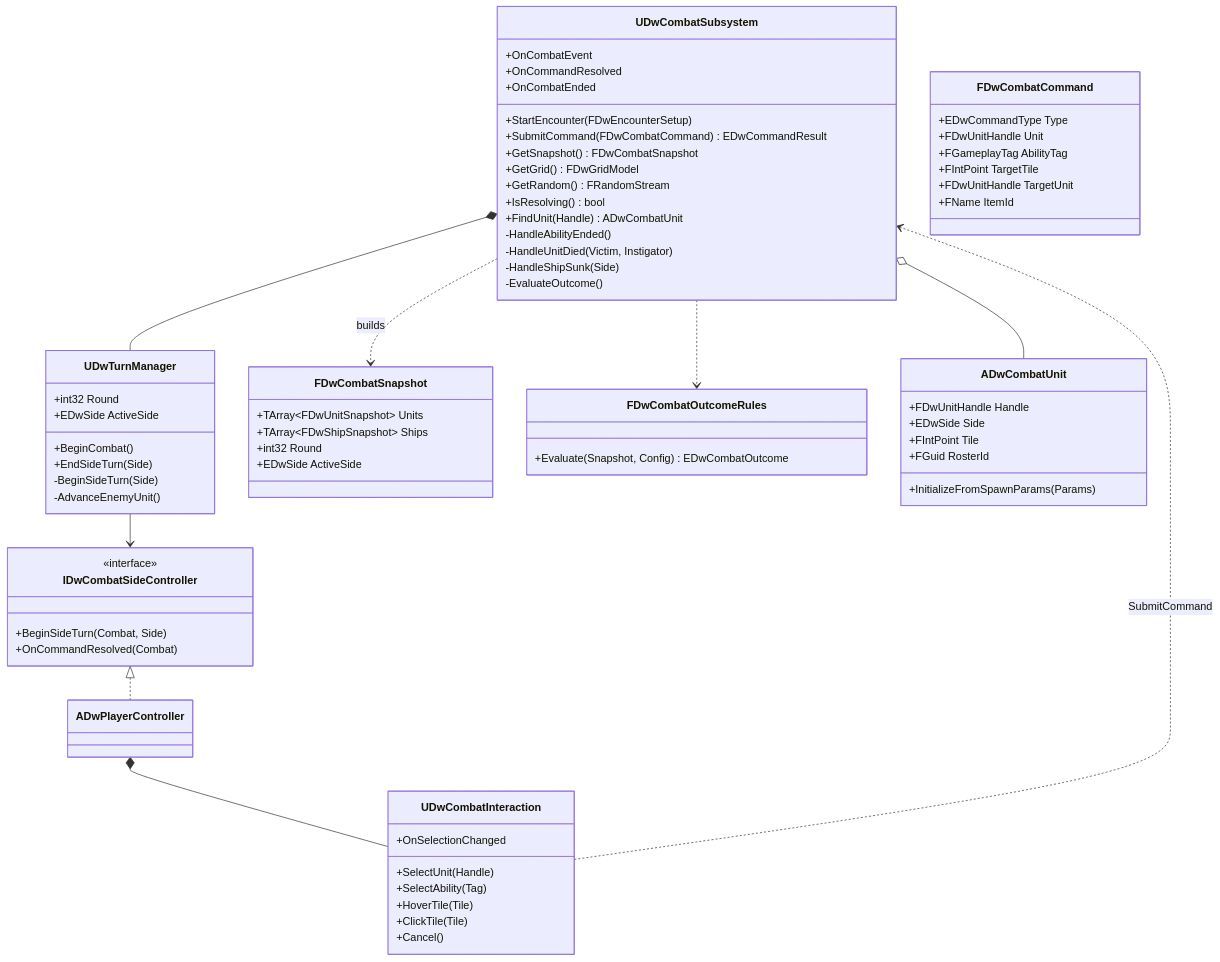
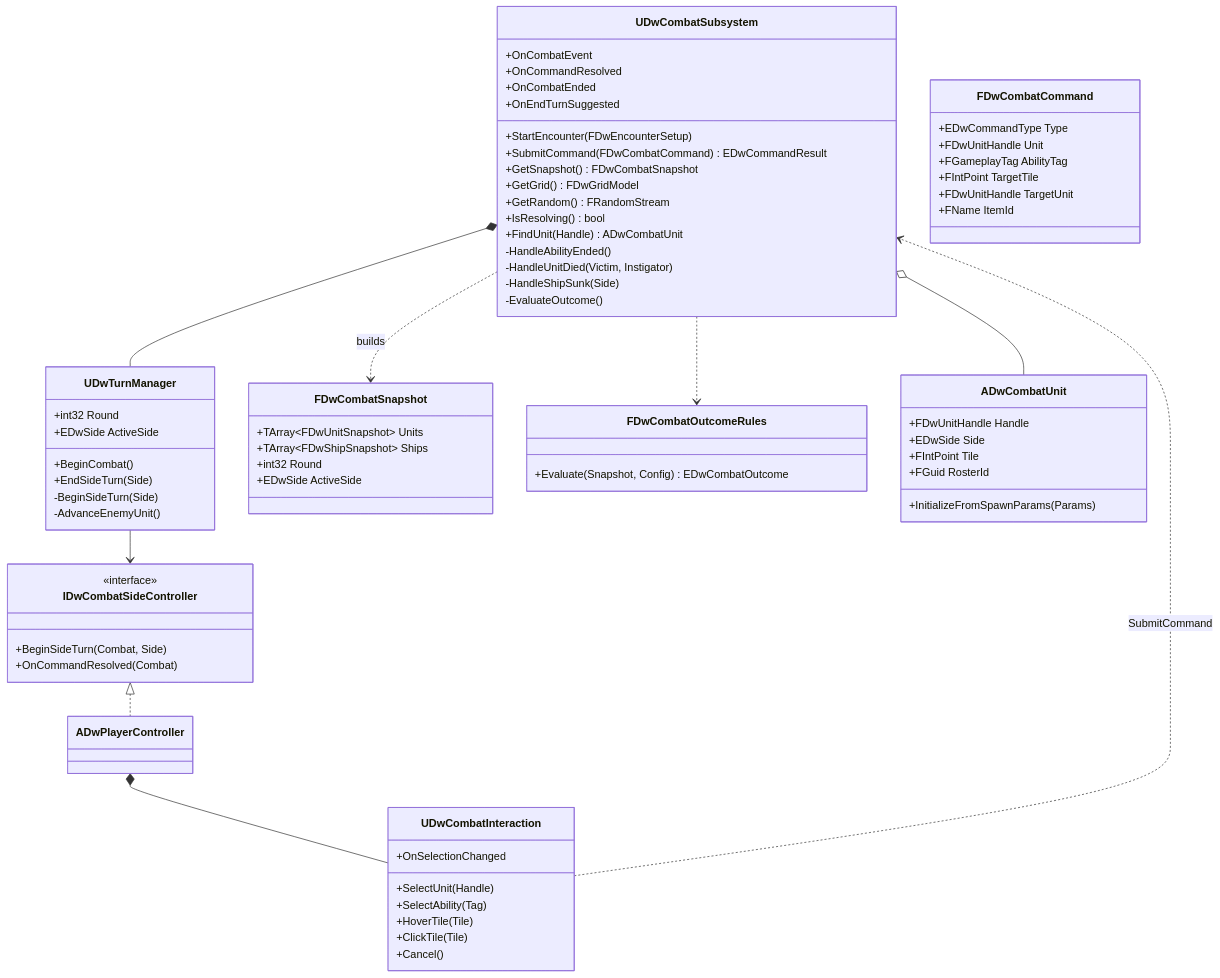
Before and after one commit to bhillig/deadwater-run: the diagram in Docs/Architecture/03-Combat-Turns.md, drawn with Mermaid. The commit also changed other lines of this file and 16 other files, not shown here.

Commit message:
Second pass after answering some of Technical Architect's questions

````diff
--- a/Docs/Architecture/03-Combat-Turns.md
+++ b/Docs/Architecture/03-Combat-Turns.md
@@ -32,73 +44,74 @@
 ```mermaid
 classDiagram
     class UDwCombatSubsystem {
         +StartEncounter(FDwEncounterSetup)
         +SubmitCommand(FDwCombatCommand) EDwCommandResult
         +GetSnapshot() FDwCombatSnapshot
         +GetGrid() FDwGridModel
         +GetRandom() FRandomStream
         +IsResolving() bool
         +FindUnit(Handle) ADwCombatUnit
         +OnCombatEvent
         +OnCommandResolved
         +OnCombatEnded
+        +OnEndTurnSuggested
         -HandleAbilityEnded()
         -HandleUnitDied(Victim, Instigator)
         -HandleShipSunk(Side)
         -EvaluateOutcome()
     }
     class UDwTurnManager {
         +int32 Round
         +EDwSide ActiveSide
         +BeginCombat()
         +EndSideTurn(Side)
         -BeginSideTurn(Side)
         -AdvanceEnemyUnit()
     }
     class IDwCombatSideController {
         <<interface>>
         +BeginSideTurn(Combat, Side)
         +OnCommandResolved(Combat)
     }
     class FDwCombatCommand {
         +EDwCommandType Type
         +FDwUnitHandle Unit
         +FGameplayTag AbilityTag
         +FIntPoint TargetTile
         +FDwUnitHandle TargetUnit
         +FName ItemId
     }
     class FDwCombatSnapshot {
         +TArray~FDwUnitSnapshot~ Units
         +TArray~FDwShipSnapshot~ Ships
         +int32 Round
         +EDwSide ActiveSide
     }
     class FDwCombatOutcomeRules {
         +Evaluate(Snapshot, Config) EDwCombatOutcome
     }
     class UDwCombatInteraction {
         +SelectUnit(Handle)
         +SelectAbility(Tag)
         +HoverTile(Tile)
         +ClickTile(Tile)
         +Cancel()
         +OnSelectionChanged
     }
     class ADwPlayerController
     class ADwCombatUnit {
         +FDwUnitHandle Handle
         +EDwSide Side
         +FIntPoint Tile
         +FGuid RosterId
         +InitializeFromSpawnParams(Params)
     }
     UDwCombatSubsystem *-- UDwTurnManager
     UDwTurnManager --> IDwCombatSideController
     UDwCombatSubsystem ..> FDwCombatOutcomeRules
     UDwCombatSubsystem ..> FDwCombatSnapshot : builds
     UDwCombatSubsystem o-- ADwCombatUnit
     ADwPlayerController *-- UDwCombatInteraction
     UDwCombatInteraction ..> UDwCombatSubsystem : SubmitCommand
     IDwCombatSideController <|.. ADwPlayerController
 ```
````
